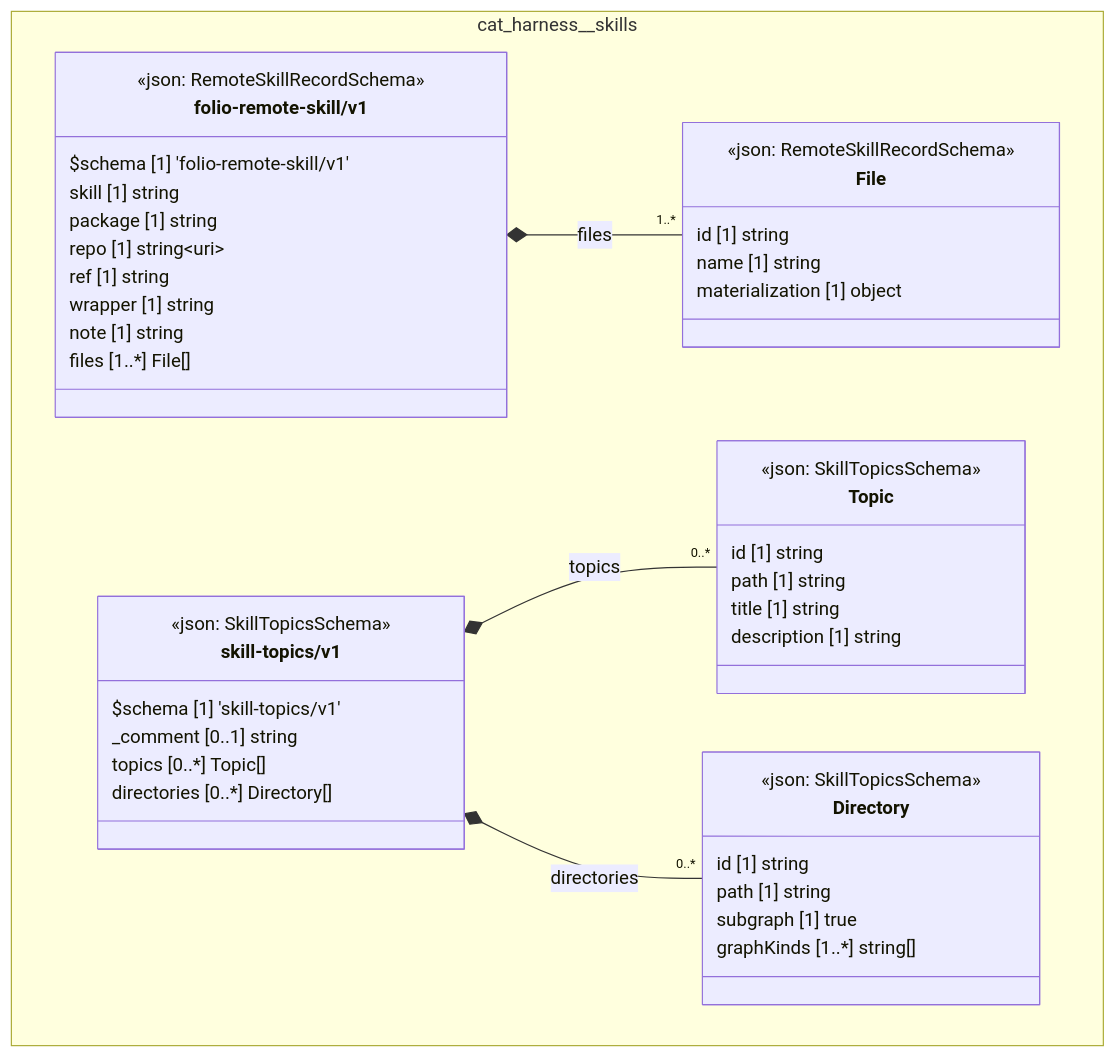
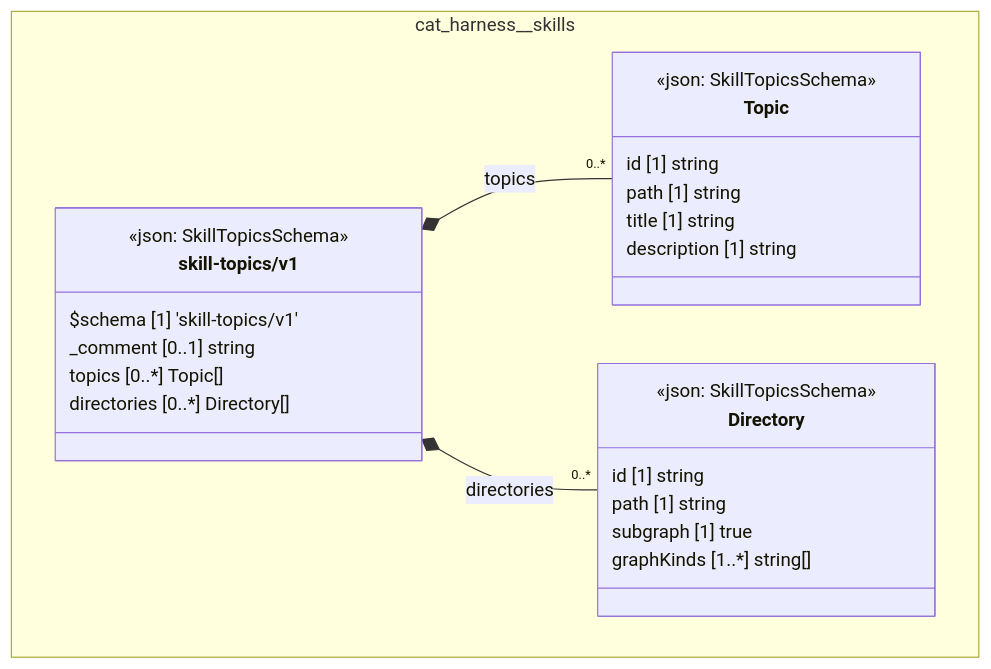
The diagram in cat-harness/docs/uml/overview/cat-harness/skills.md (litlfred/folio-assistant), drawn with Mermaid before and after one commit. The commit also changed other lines of this file and 801 other files, not shown here.

````diff
--- a/cat-harness/docs/uml/overview/cat-harness/skills.md
+++ b/cat-harness/docs/uml/overview/cat-harness/skills.md
@@ -42,52 +42,32 @@
 ```mermaid
 classDiagram
   direction TB
   namespace cat_harness__skills {
-    class cat_harness_skills_folio_remote_skill_v1_File["File"] {
-      <<json: RemoteSkillRecordSchema>>
-      id [1] string
-      name [1] string
-      materialization [1] object
-    }
-    class cat_harness_skills_folio_remote_skill_v1_folio_remote_skill_v1["folio-remote-skill/v1"] {
-      <<json: RemoteSkillRecordSchema>>
-      $schema [1] 'folio-remote-skill/v1'
-      skill [1] string
-      package [1] string
-      repo [1] string~uri~
-      ref [1] string
-      wrapper [1] string
-      note [1] string
-      files [1..*] File[]
-    }
     class cat_harness_skills_skill_topics_v1_Topic["Topic"] {
       <<json: SkillTopicsSchema>>
       id [1] string
       path [1] string
       title [1] string
       description [1] string
     }
     class cat_harness_skills_skill_topics_v1_Directory["Directory"] {
       <<json: SkillTopicsSchema>>
       id [1] string
       path [1] string
       subgraph [1] true
       graphKinds [1..*] string[]
     }
     class cat_harness_skills_skill_topics_v1_skill_topics_v1["skill-topics/v1"] {
       <<json: SkillTopicsSchema>>
       $schema [1] 'skill-topics/v1'
       _comment [0..1] string
       topics [0..*] Topic[]
       directories [0..*] Directory[]
     }
   }
-  cat_harness_skills_folio_remote_skill_v1_folio_remote_skill_v1 *-- "1..*" cat_harness_skills_folio_remote_skill_v1_File : files
   cat_harness_skills_skill_topics_v1_skill_topics_v1 *-- "0..*" cat_harness_skills_skill_topics_v1_Topic : topics
   cat_harness_skills_skill_topics_v1_skill_topics_v1 *-- "0..*" cat_harness_skills_skill_topics_v1_Directory : directories
-  cssClass "cat_harness_skills_folio_remote_skill_v1_File" fa_uml_kind_skills
-  cssClass "cat_harness_skills_folio_remote_skill_v1_folio_remote_skill_v1" fa_uml_kind_skills
   cssClass "cat_harness_skills_skill_topics_v1_Topic" fa_uml_kind_skills
   cssClass "cat_harness_skills_skill_topics_v1_Directory" fa_uml_kind_skills
   cssClass "cat_harness_skills_skill_topics_v1_skill_topics_v1" fa_uml_kind_skills
 ```
````
